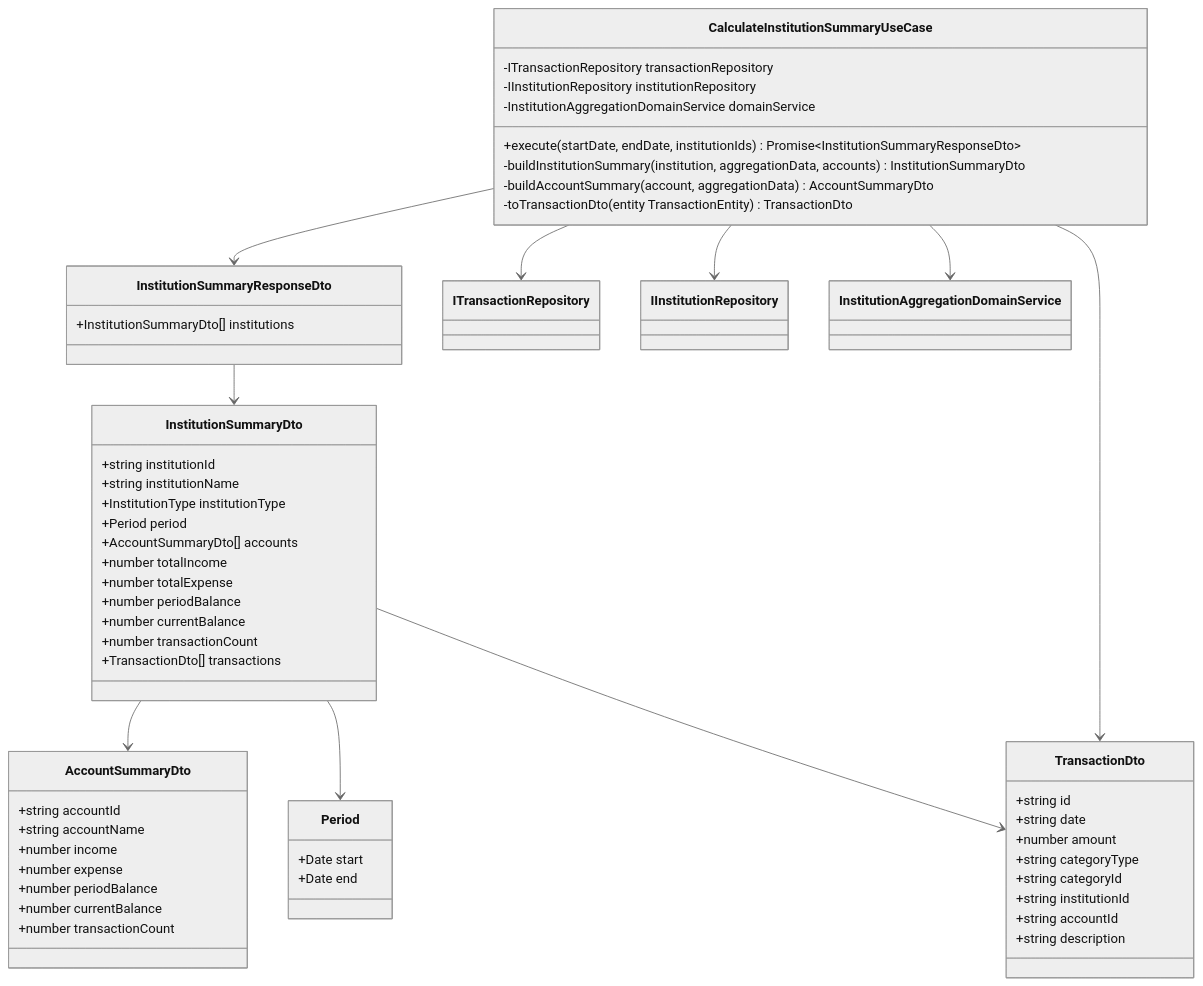
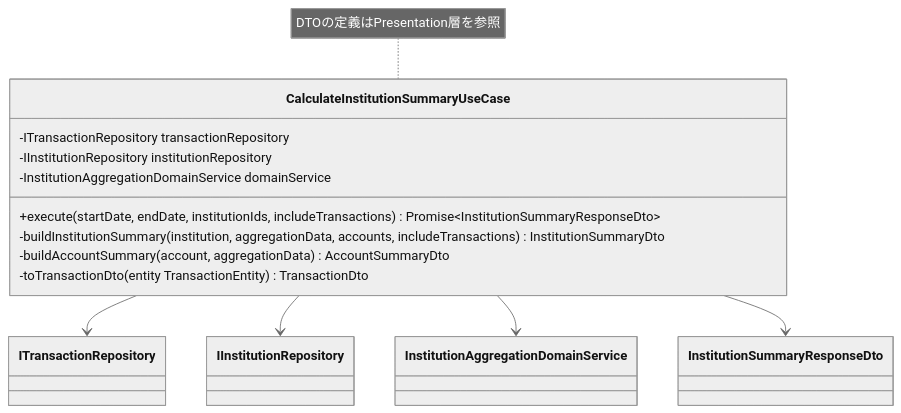
The second of 4 diagrams in docs/detailed-design/FR-017_institution-aggregation/class-diagrams.md (kencom2400/account-book), drawn with Mermaid (neutral theme) before and after one commit. The commit also changed other lines of this file and 2 other files, not shown here.

Commit message:
fix(docs): Geminiレビュー指摘事項に対応（第3回）
- Medium: エラーハンドリングの仕様の矛盾点を明確化
  - 金融機関IDのフォーマットエラーと存在しないIDを区別
- Medium: Application層クラス図からDTOの重複定義を削除
  - DTOの定義はPresentation層に集約
  - Application層では依存関係のみを示す
- Medium: 取引明細（transactions）の制御方法を追加
  - includeTransactionsパラメータを追加（デフォルト: false）
  - TypeScript型定義とバリデーションルールに追加

Refs: PR #345

````diff
--- a/docs/detailed-design/FR-017_institution-aggregation/class-diagrams.md
+++ b/docs/detailed-design/FR-017_institution-aggregation/class-diagrams.md
@@ -166,66 +166,18 @@
 ```mermaid
 classDiagram
     class CalculateInstitutionSummaryUseCase {
         -ITransactionRepository transactionRepository
         -IInstitutionRepository institutionRepository
         -InstitutionAggregationDomainService domainService
-        +execute(startDate, endDate, institutionIds) Promise~InstitutionSummaryResponseDto~
-        -buildInstitutionSummary(institution, aggregationData, accounts) InstitutionSummaryDto
+        +execute(startDate, endDate, institutionIds, includeTransactions) Promise~InstitutionSummaryResponseDto~
+        -buildInstitutionSummary(institution, aggregationData, accounts, includeTransactions) InstitutionSummaryDto
         -buildAccountSummary(account, aggregationData) AccountSummaryDto
         -toTransactionDto(entity TransactionEntity) TransactionDto
-    }
-
-    class InstitutionSummaryResponseDto {
-        +InstitutionSummaryDto[] institutions
-    }
-
-    class InstitutionSummaryDto {
-        +string institutionId
-        +string institutionName
-        +InstitutionType institutionType
-        +Period period
-        +AccountSummaryDto[] accounts
-        +number totalIncome
-        +number totalExpense
-        +number periodBalance
-        +number currentBalance
-        +number transactionCount
-        +TransactionDto[] transactions
-    }
-
-    class AccountSummaryDto {
-        +string accountId
-        +string accountName
-        +number income
-        +number expense
-        +number periodBalance
-        +number currentBalance
-        +number transactionCount
-    }
-
-    class Period {
-        +Date start
-        +Date end
-    }
-
-    class TransactionDto {
-        +string id
-        +string date
-        +number amount
-        +string categoryType
-        +string categoryId
-        +string institutionId
-        +string accountId
-        +string description
     }
 
     CalculateInstitutionSummaryUseCase --> ITransactionRepository
     CalculateInstitutionSummaryUseCase --> IInstitutionRepository
     CalculateInstitutionSummaryUseCase --> InstitutionAggregationDomainService
     CalculateInstitutionSummaryUseCase --> InstitutionSummaryResponseDto
-    InstitutionSummaryResponseDto --> InstitutionSummaryDto
-    InstitutionSummaryDto --> AccountSummaryDto
-    InstitutionSummaryDto --> Period
-    InstitutionSummaryDto --> TransactionDto
-    CalculateInstitutionSummaryUseCase --> TransactionDto
+    note for CalculateInstitutionSummaryUseCase "DTOの定義はPresentation層を参照"
 ```
````
